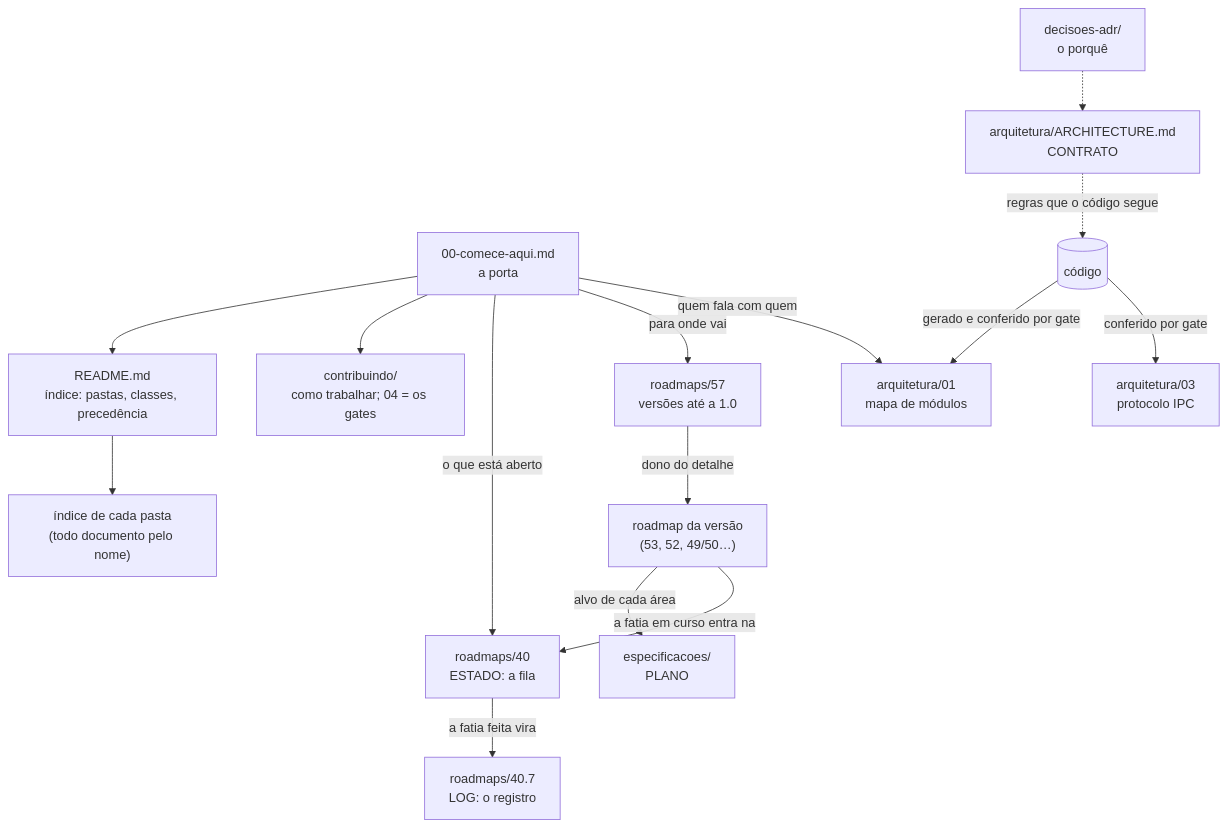
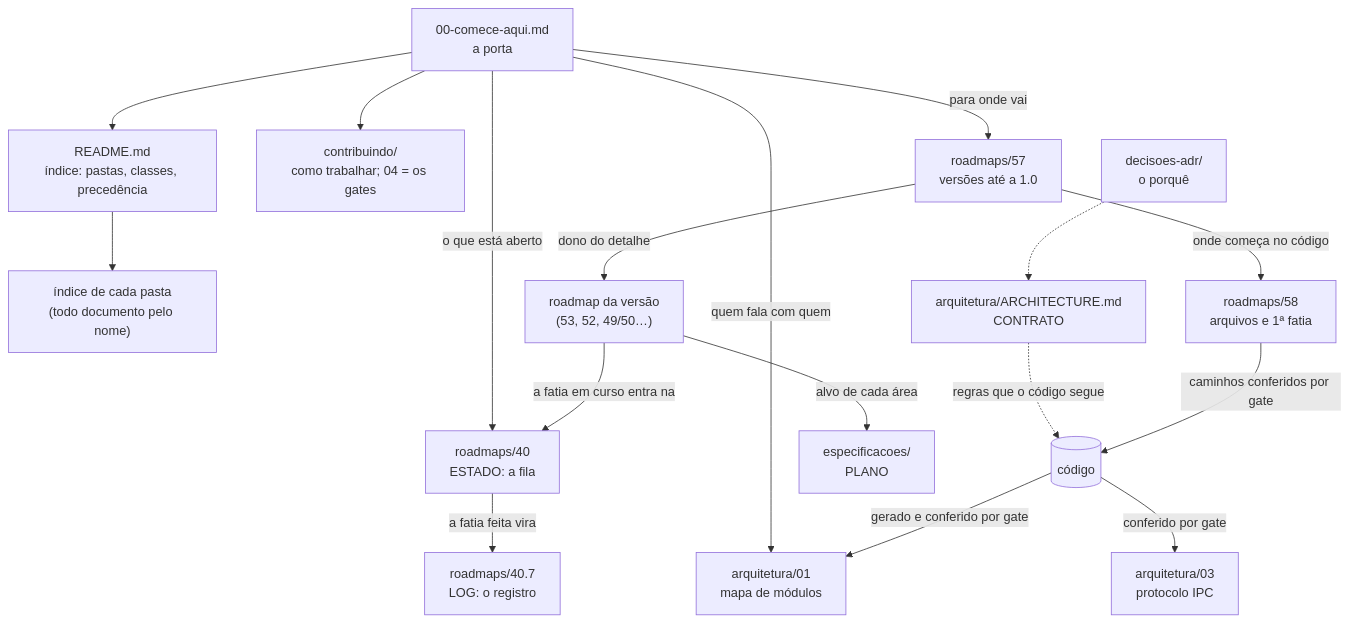
Before and after one commit to ViktorWalde/KineinVectis: the diagram in DocsPublic/00-comece-aqui.md, drawn with Mermaid. The commit also changed other lines of this file and 10 other files, not shown here.

````diff
--- a/DocsPublic/00-comece-aqui.md
+++ b/DocsPublic/00-comece-aqui.md
@@ -66,17 +66,19 @@
 ```mermaid
 flowchart TD
   porta["00-comece-aqui.md<br/>a porta"] --> indice["README.md<br/>índice: pastas, classes, precedência"]
   porta --> contribuindo["contribuindo/<br/>como trabalhar; 04 = os gates"]
   indice --> pastas["índice de cada pasta<br/>(todo documento pelo nome)"]
   porta -->|"o que está aberto"| estado
   porta -->|"para onde vai"| versoes
   porta -->|"quem fala com quem"| mapa
   codigo[("código")] -->|"gerado e conferido por gate"| mapa["arquitetura/01<br/>mapa de módulos"]
   codigo -->|"conferido por gate"| protocolo["arquitetura/03<br/>protocolo IPC"]
   contrato["arquitetura/ARCHITECTURE.md<br/>CONTRATO"] -.->|"regras que o código segue"| codigo
   versoes["roadmaps/57<br/>versões até a 1.0"] -->|"dono do detalhe"| plano["roadmap da versão<br/>(53, 52, 49/50…)"]
+  versoes -->|"onde começa no código"| inicio["roadmaps/58<br/>arquivos e 1ª fatia"]
+  inicio -->|"caminhos conferidos por gate"| codigo
   plano -->|"alvo de cada área"| specs["especificacoes/<br/>PLANO"]
   estado["roadmaps/40<br/>ESTADO: a fila"] -->|"a fatia feita vira"| registro["roadmaps/40.7<br/>LOG: o registro"]
   plano -->|"a fatia em curso entra na"| estado
   adr["decisoes-adr/<br/>o porquê"] -.-> contrato
 ```
````
